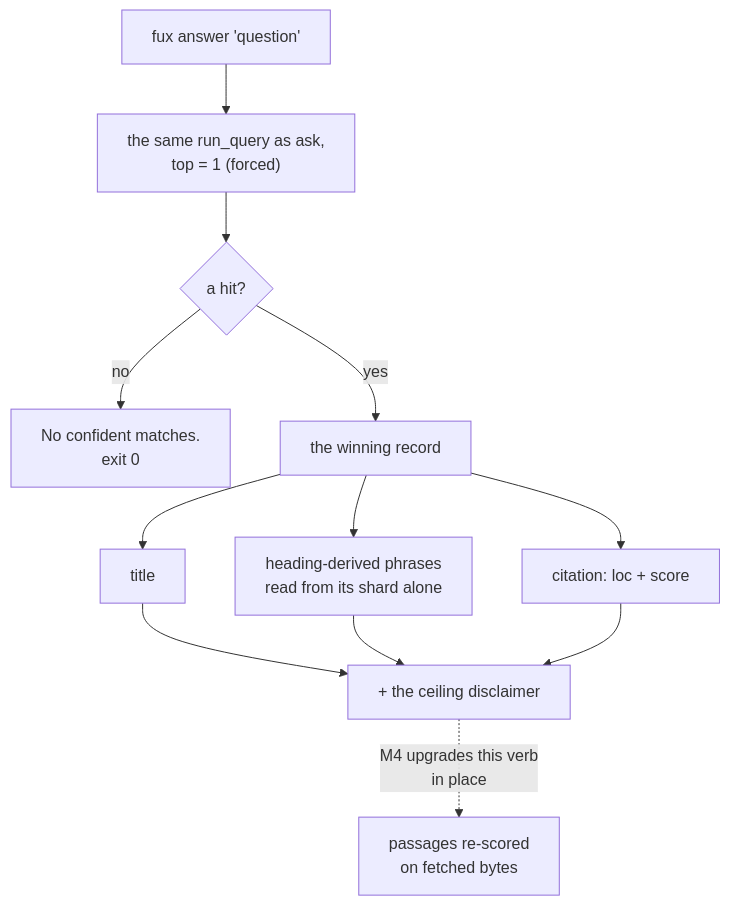
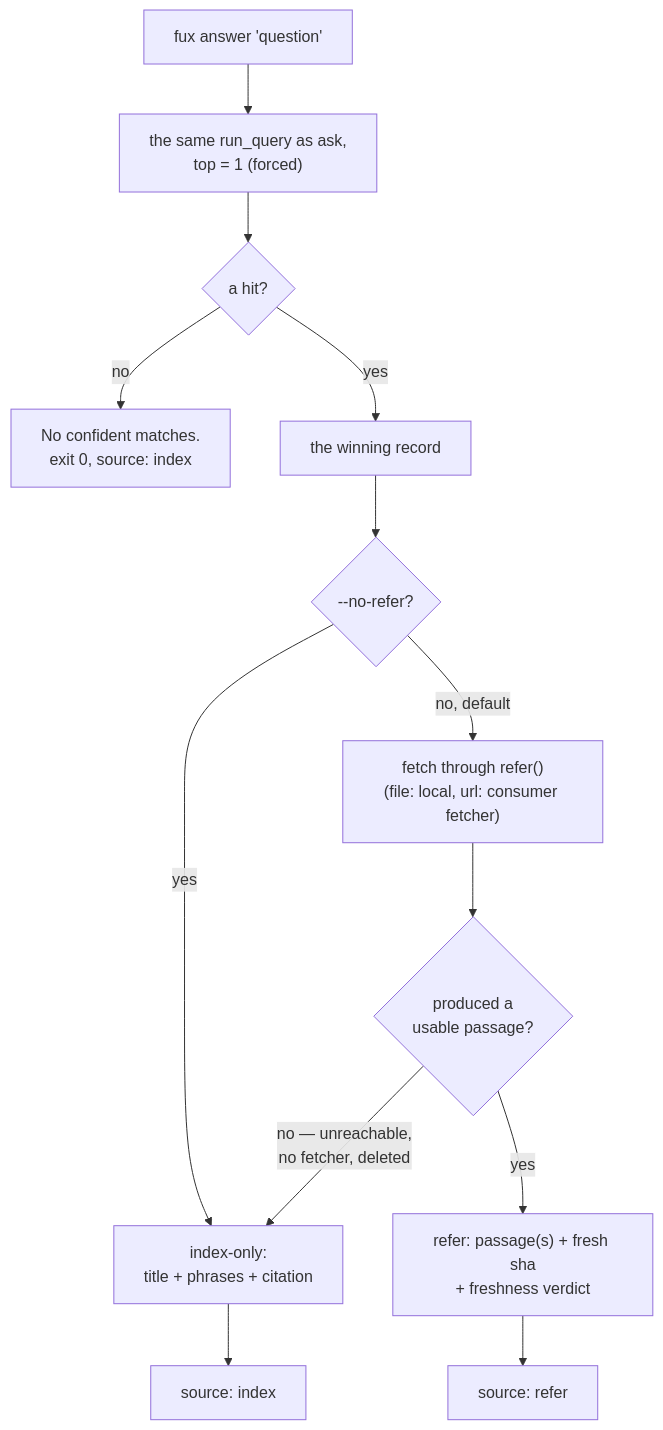
The diagram in docs/adr/0006_answer.md (arpitarya/fux), drawn with Mermaid before and after one commit. The commit also changed other lines of this file and 13 other files, not shown here.

````diff
--- a/docs/adr/0006_answer.md
+++ b/docs/adr/0006_answer.md
@@ -53,14 +53,15 @@
 ```mermaid
 flowchart TD
     Q["fux answer 'question'"] --> R["the same run_query as ask,<br/>top = 1 (forced)"]
     R --> H{"a hit?"}
-    H -->|no| N["No confident matches.<br/>exit 0"]
+    H -->|no| N["No confident matches.<br/>exit 0, source: index"]
     H -->|yes| W["the winning record"]
-    W --> T["title"]
-    W --> P["heading-derived phrases<br/>read from its shard alone"]
-    W --> C["citation: loc + score"]
-    T --> D["+ the ceiling disclaimer"]
-    P --> D
-    C --> D
-    D -.->|"M4 upgrades this verb<br/>in place"| F["passages re-scored<br/>on fetched bytes"]
+    W --> NR{"--no-refer?"}
+    NR -->|yes| IDX["index-only:<br/>title + phrases + citation"]
+    NR -->|no, default| FET["fetch through refer()<br/>(file: local, url: consumer fetcher)"]
+    FET --> OK{"produced a<br/>usable passage?"}
+    OK -->|yes| REF["refer: passage(s) + fresh sha<br/>+ freshness verdict"]
+    OK -->|no — unreachable,<br/>no fetcher, deleted| IDX
+    IDX --> SI["source: index"]
+    REF --> SR["source: refer"]
 ```
````
